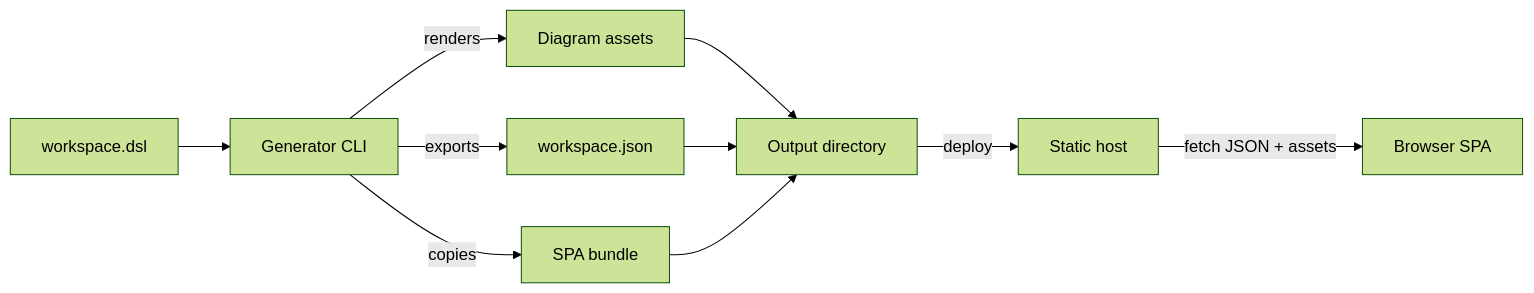
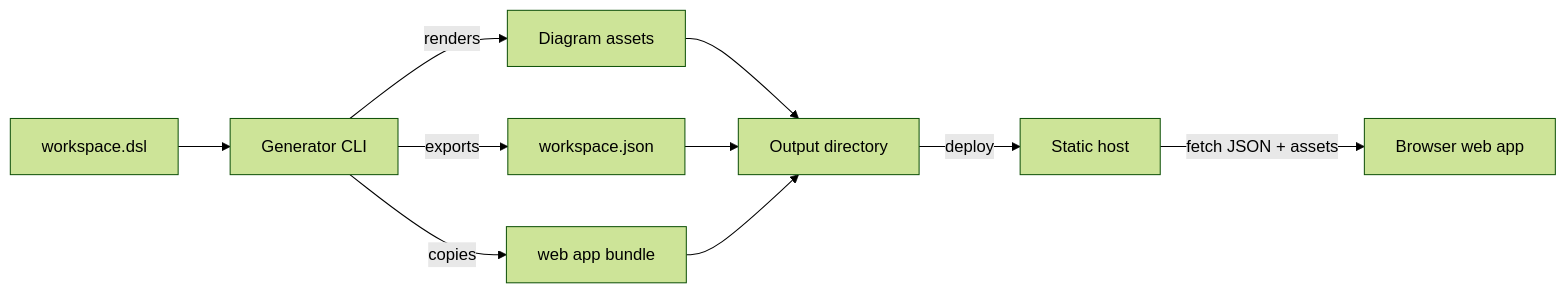
Before and after one commit to dirkgroot/structurizr-site: the diagram in lode/architecture/summary.md, drawn with Mermaid (forest theme). The commit also changed other lines of this file and 55 other files, not shown here.

First line of the commit message:
refactor: rename the spa component to web

````diff
--- a/lode/architecture/summary.md
+++ b/lode/architecture/summary.md
@@ -18,12 +18,12 @@
 ```mermaid
 flowchart LR
     DSL[workspace.dsl] --> CLI[Generator CLI]
     CLI -->|renders| DIAG[Diagram assets]
     CLI -->|exports| JSON[workspace.json]
-    CLI -->|copies| SPA[SPA bundle]
+    CLI -->|copies| WEB[web app bundle]
     DIAG --> OUT[Output directory]
     JSON --> OUT
-    SPA --> OUT
+    WEB --> OUT
     OUT -->|deploy| HOST[Static host]
-    HOST -->|fetch JSON + assets| BROWSER[Browser SPA]
+    HOST -->|fetch JSON + assets| BROWSER[Browser web app]
 ```
````
